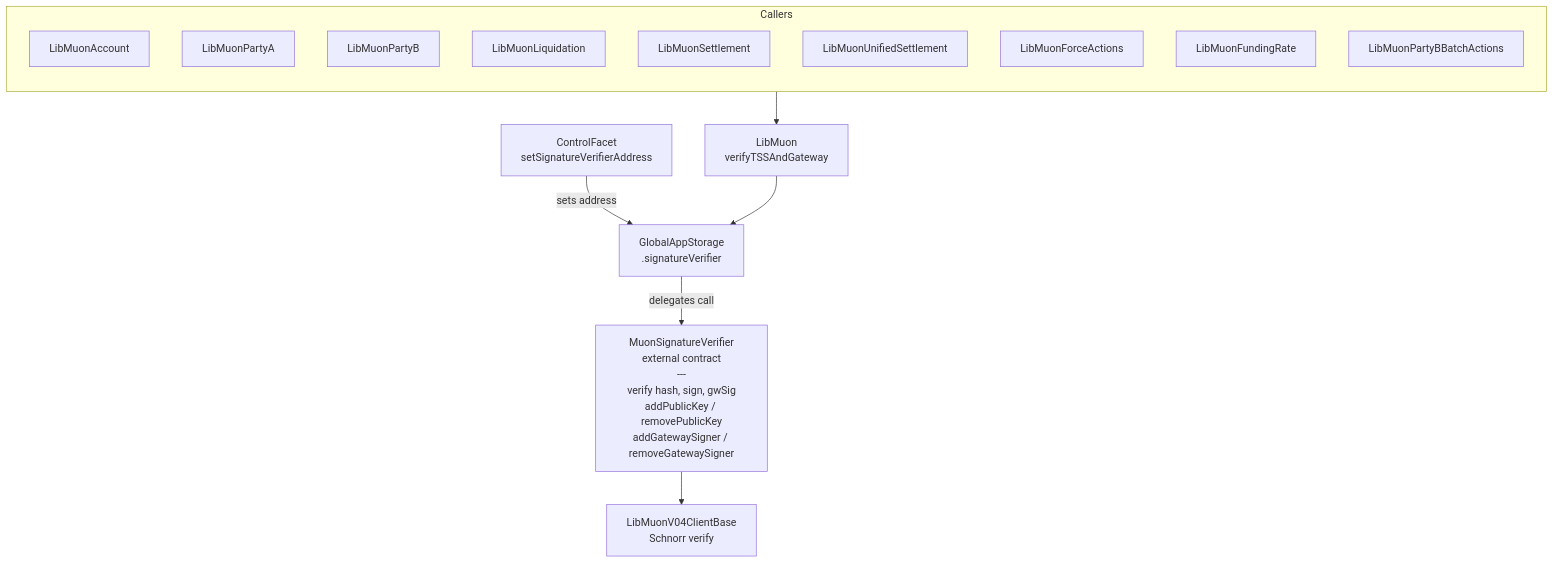
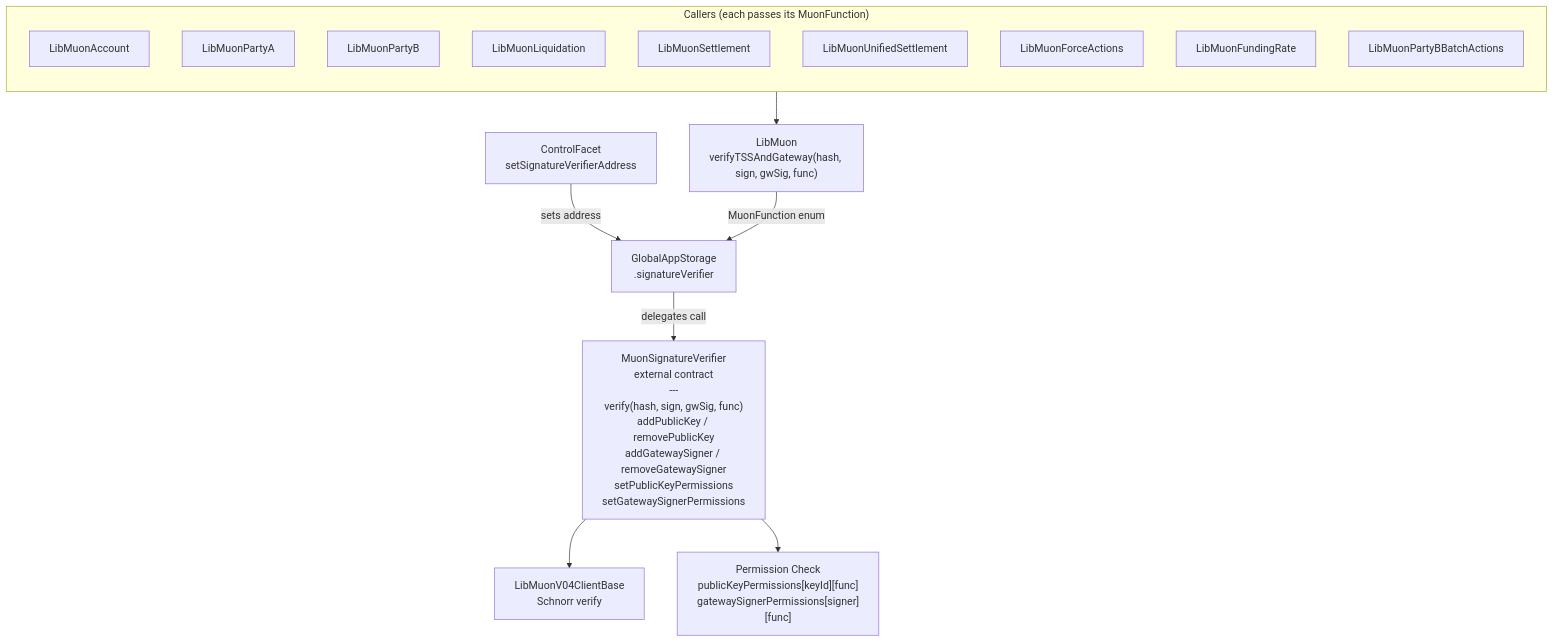
One commit to SYMM-IO/perps-core changed the diagram in docs/v0.8.5/muon-keys.md. Above: the diagram before and after it, drawn with Mermaid. The commit also changed other lines of this file, not shown here.

Commit message:
docs: update muon-keys doc with per-function authorization details

````diff
--- a/docs/v0.8.5/muon-keys.md
+++ b/docs/v0.8.5/muon-keys.md
@@ -19,27 +21,29 @@
 ```mermaid
 flowchart TD
     CF["ControlFacet<br/>setSignatureVerifierAddress"]
-    LM["LibMuon<br/>verifyTSSAndGateway"]
+    LM["LibMuon<br/>verifyTSSAndGateway(hash, sign, gwSig, func)"]
     GAS["GlobalAppStorage<br/>.signatureVerifier"]
-    MSV["MuonSignatureVerifier<br/>external contract<br/>---<br/>verify hash, sign, gwSig<br/>addPublicKey / removePublicKey<br/>addGatewaySigner / removeGatewaySigner"]
+    MSV["MuonSignatureVerifier<br/>external contract<br/>---<br/>verify(hash, sign, gwSig, func)<br/>addPublicKey / removePublicKey<br/>addGatewaySigner / removeGatewaySigner<br/>setPublicKeyPermissions<br/>setGatewaySignerPermissions"]
     SCH["LibMuonV04ClientBase<br/>Schnorr verify"]
+    PERM["Permission Check<br/>publicKeyPermissions[keyId][func]<br/>gatewaySignerPermissions[signer][func]"]
 
     CF -->|sets address| GAS
-    LM --> GAS -->|delegates call| MSV
+    LM -->|MuonFunction enum| GAS -->|delegates call| MSV
     MSV --> SCH
+    MSV --> PERM
 
-    subgraph Callers
+    subgraph Callers["Callers (each passes its MuonFunction)"]
         direction TB
         LibMuonAccount
         LibMuonPartyA
         LibMuonPartyB
         LibMuonLiquidation
         LibMuonSettlement
         LibMuonUnifiedSettlement
         LibMuonForceActions
         LibMuonFundingRate
         LibMuonPartyBBatchActions
     end
 
     Callers --> LM
 ```
````
